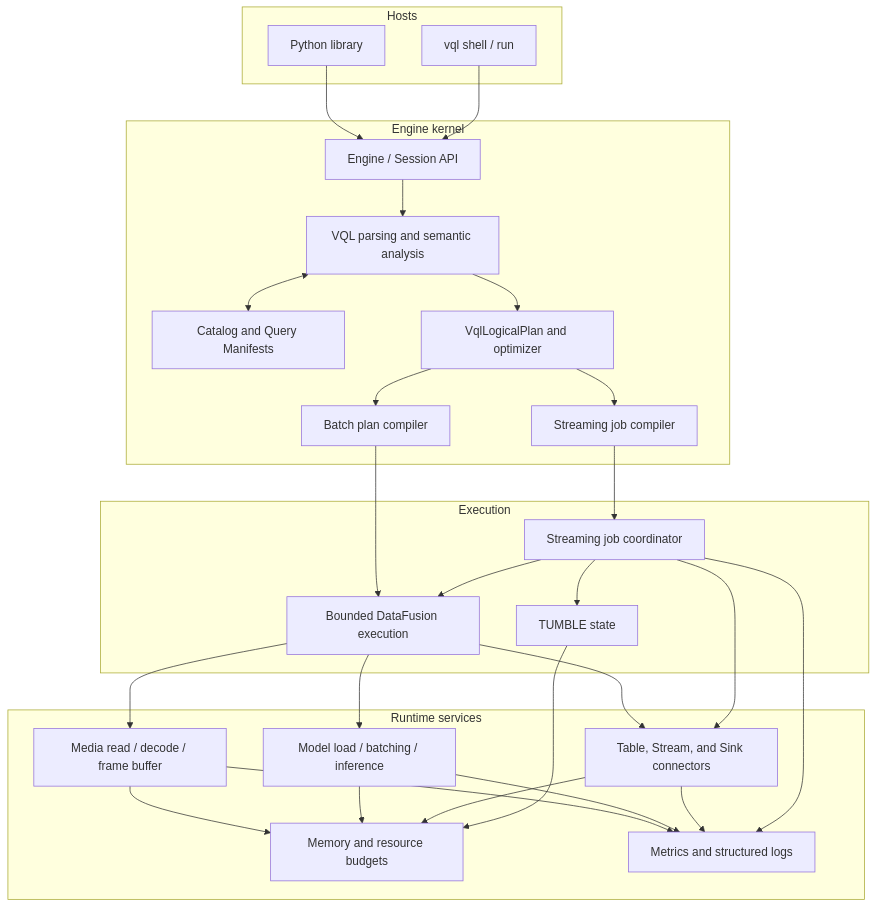
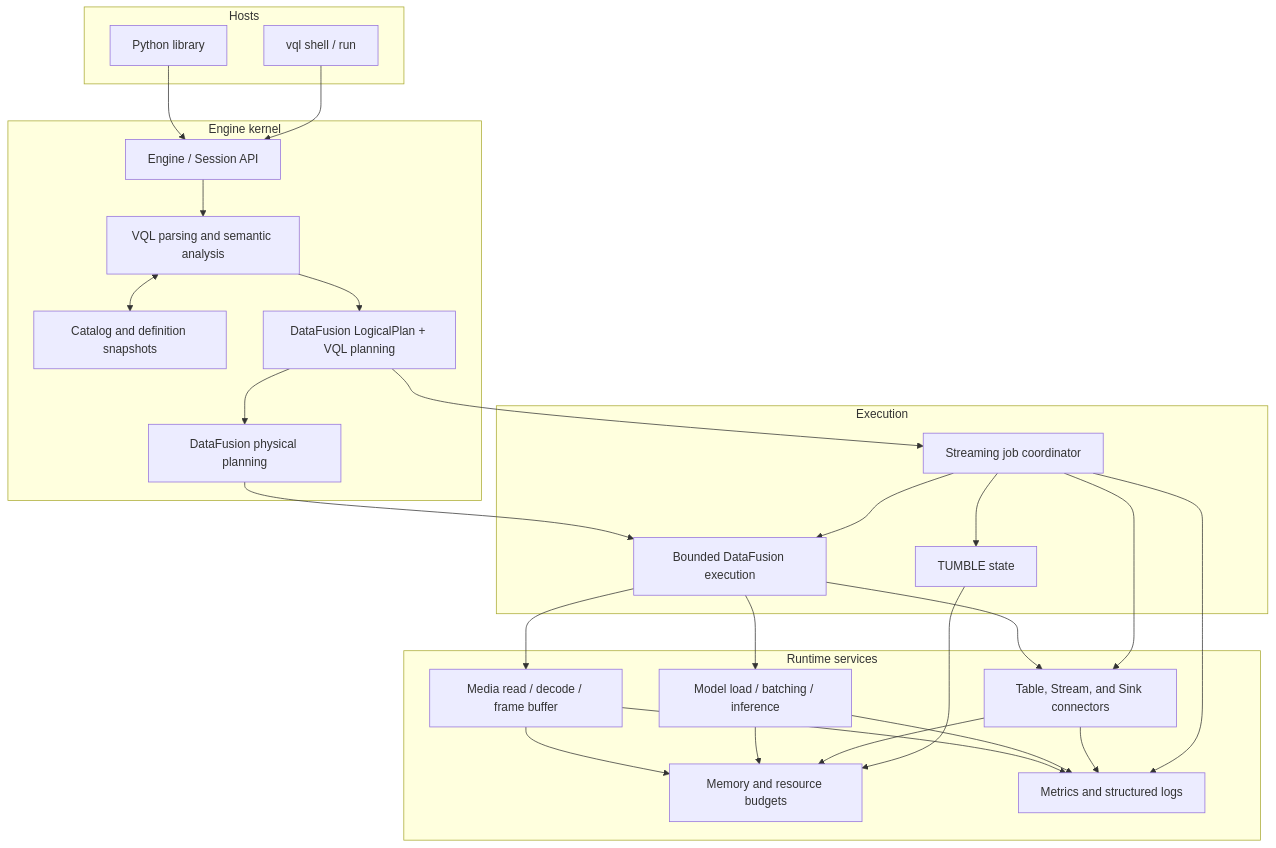
Before and after one commit to zhenlohuang/visionql: the first of 2 diagrams in docs/design.md, drawn with Mermaid. The commit also changed other lines of this file and 5 other files, not shown here.

````diff
--- a/docs/design.md
+++ b/docs/design.md
@@ -76,44 +76,43 @@
 ```mermaid
 flowchart TB
     subgraph HOSTS["Hosts"]
         PY["Python library"]
         CLI["vql shell / run"]
     end
 
     subgraph CORE["Engine kernel"]
         ENTRY["Engine / Session API"]
         SQL["VQL parsing and semantic analysis"]
-        CAT["Catalog and Query Manifests"]
-        PLAN["VqlLogicalPlan and optimizer"]
-        BCOMP["Batch plan compiler"]
-        SCOMP["Streaming job compiler"]
+        CAT["Catalog and definition snapshots"]
+        PLAN["DataFusion LogicalPlan + VQL planning"]
+        PHYS["DataFusion physical planning"]
     end
 
     subgraph EXECUTION["Execution"]
         DF["Bounded DataFusion execution"]
         COORD["Streaming job coordinator"]
         STATE["TUMBLE state"]
     end
 
     subgraph RUNTIME["Runtime services"]
         MEDIA["Media read / decode / frame buffer"]
         MODELS["Model load / batching / inference"]
         CONNECTORS["Table, Stream, and Sink connectors"]
         BUDGET["Memory and resource budgets"]
         METRICS["Metrics and structured logs"]
     end
 
     PY --> ENTRY
     CLI --> ENTRY
     ENTRY --> SQL
     SQL <--> CAT
     SQL --> PLAN
-    PLAN --> BCOMP --> DF
-    PLAN --> SCOMP --> COORD
+    PLAN --> PHYS --> DF
+    PLAN --> COORD
     COORD --> DF
     COORD --> STATE
     DF --> MEDIA & MODELS & CONNECTORS
     COORD --> CONNECTORS
     MEDIA & MODELS & CONNECTORS & STATE --> BUDGET
     MEDIA & MODELS & CONNECTORS & COORD --> METRICS
 ```
````
